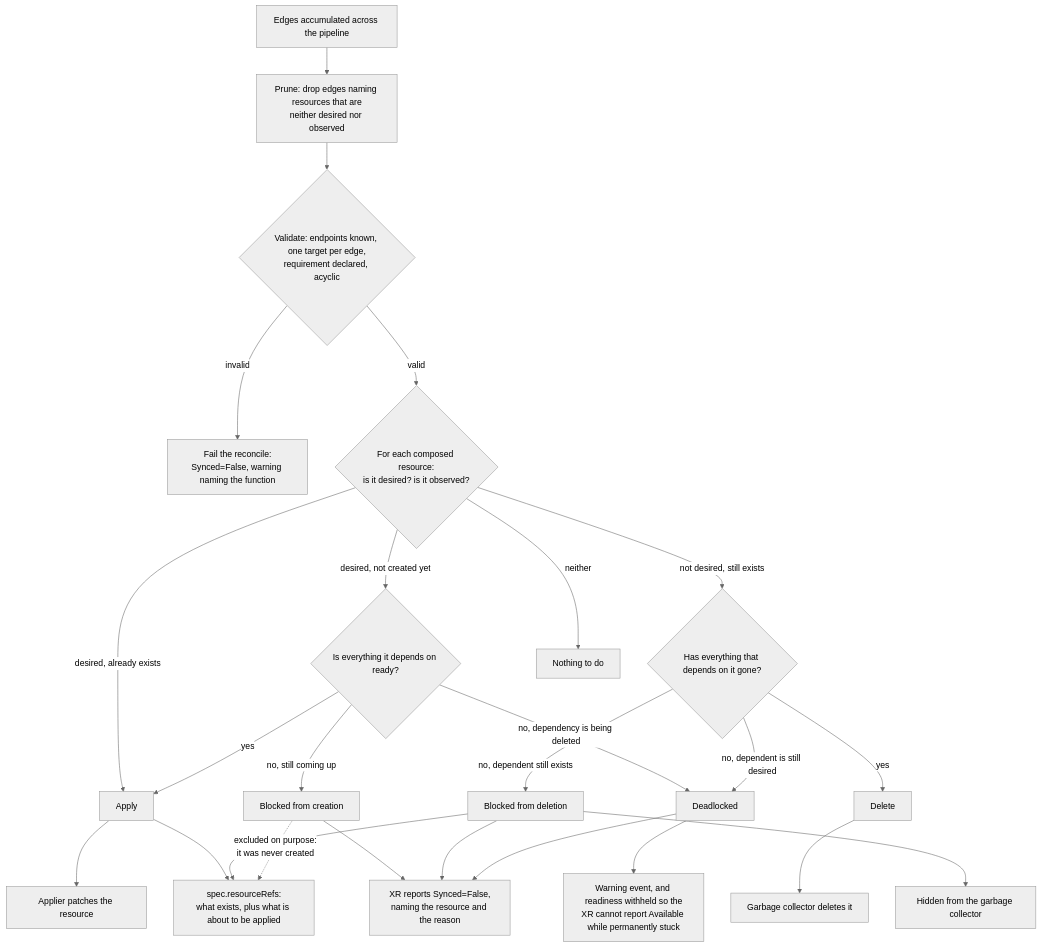
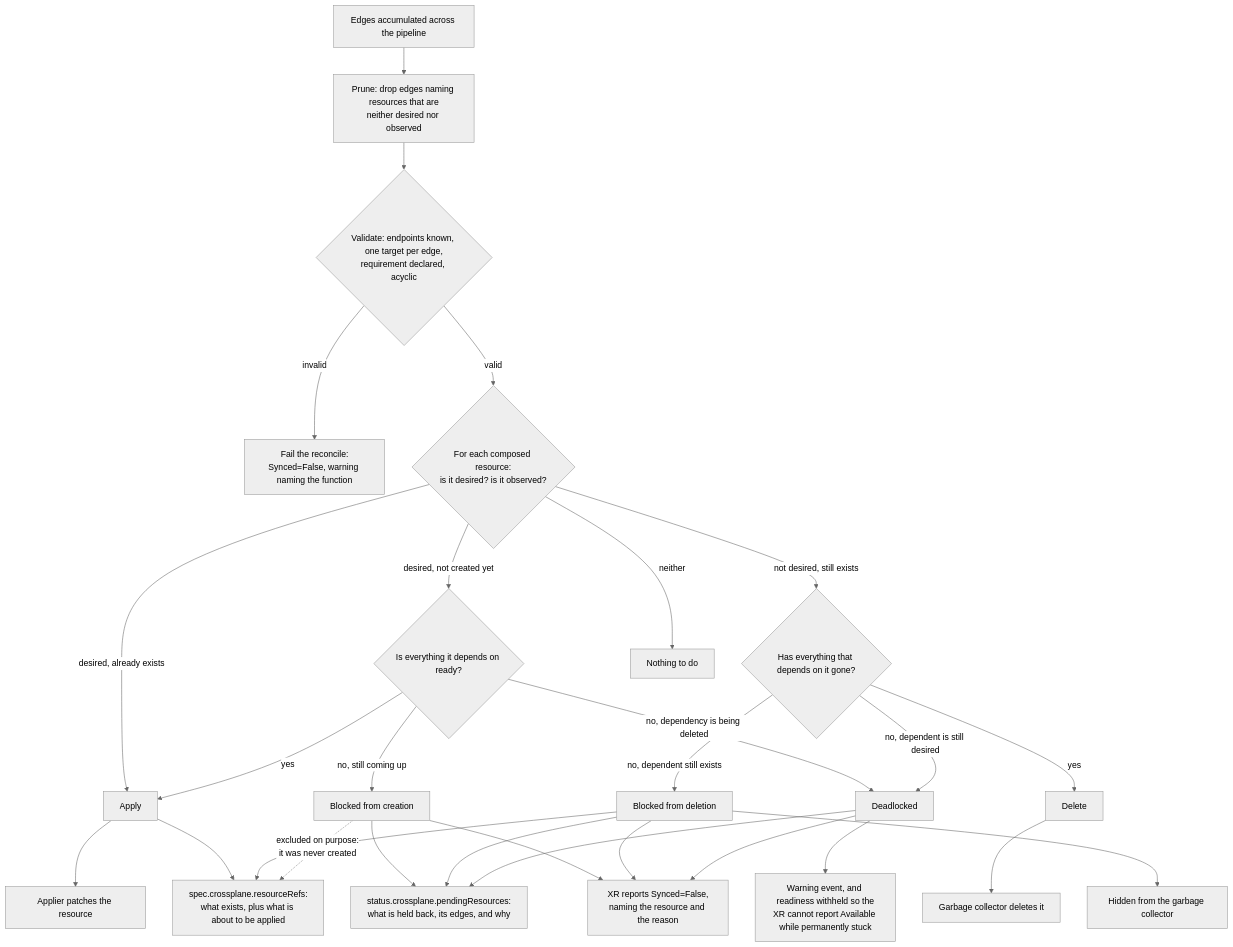
The diagram in design/design-doc-composed-resource-ordering.md (crossplane/crossplane), drawn with Mermaid (neutral theme) before and after one commit. The commit also changed other lines of this file, not shown here.

````diff
--- a/design/design-doc-composed-resource-ordering.md
+++ b/design/design-doc-composed-resource-ordering.md
@@ -349,34 +378,38 @@
 ```mermaid
 flowchart TD
     A["Edges accumulated across the pipeline"]
     A --> B["Prune: drop edges naming resources that are<br/>neither desired nor observed"]
     B --> C{"Validate: endpoints known, one target per edge,<br/>requirement declared, acyclic"}
     C -- invalid --> X["Fail the reconcile:<br/>Synced=False, warning naming the function"]
     C -- valid --> D{"For each composed resource:<br/>is it desired? is it observed?"}
 
     D -- "desired, already exists" --> AP["Apply"]
     D -- "desired, not created yet" --> G1{"Is everything it depends on ready?"}
     D -- "not desired, still exists" --> G2{"Has everything that depends on it gone?"}
     D -- "neither" --> Z["Nothing to do"]
 
     G1 -- yes --> AP
     G1 -- "no, still coming up" --> W1["Blocked from creation"]
     G1 -- "no, dependency is being deleted" --> DL["Deadlocked"]
 
     G2 -- yes --> DE["Delete"]
     G2 -- "no, dependent still exists" --> W2["Blocked from deletion"]
     G2 -- "no, dependent is still desired" --> DL
 
     AP --> PATCH["Applier patches the resource"]
     DE --> GC["Garbage collector deletes it"]
     W2 --> HIDE["Hidden from the garbage collector"]
 
-    AP --> REFS["spec.resourceRefs:<br/>what exists, plus what is about to be applied"]
+    AP --> REFS["spec.crossplane.resourceRefs:<br/>what exists, plus what is about to be applied"]
     W2 --> REFS
     W1 -. "excluded on purpose:<br/>it was never created" .-> REFS
+
+    W1 --> PEND["status.crossplane.pendingResources:<br/>what is held back, its edges, and why"]
+    W2 --> PEND
+    DL --> PEND
 
     W1 --> SYNC["XR reports Synced=False,<br/>naming the resource and the reason"]
     W2 --> SYNC
     DL --> SYNC
     DL --> WARN["Warning event, and readiness withheld so the<br/>XR cannot report Available while permanently stuck"]
 ```
````
